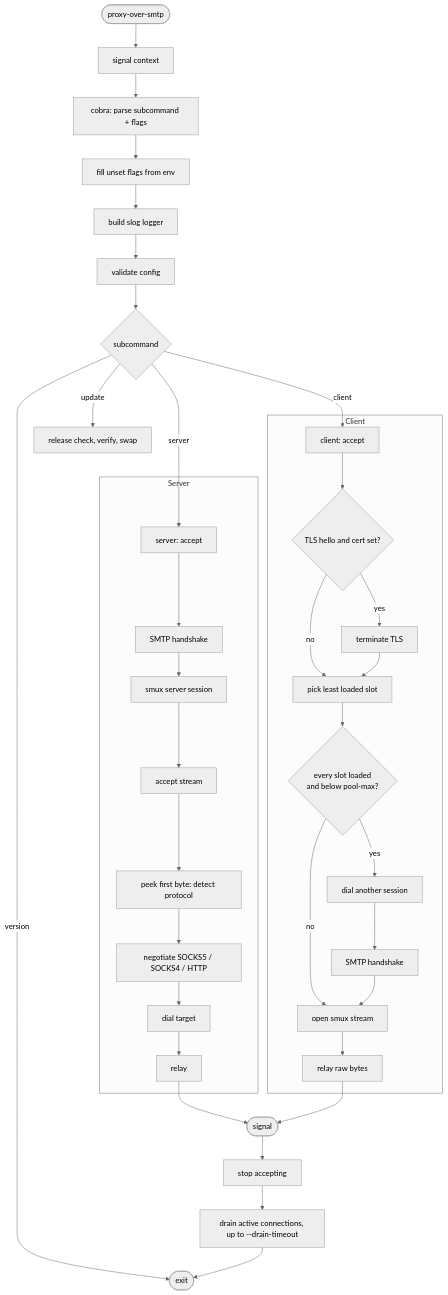
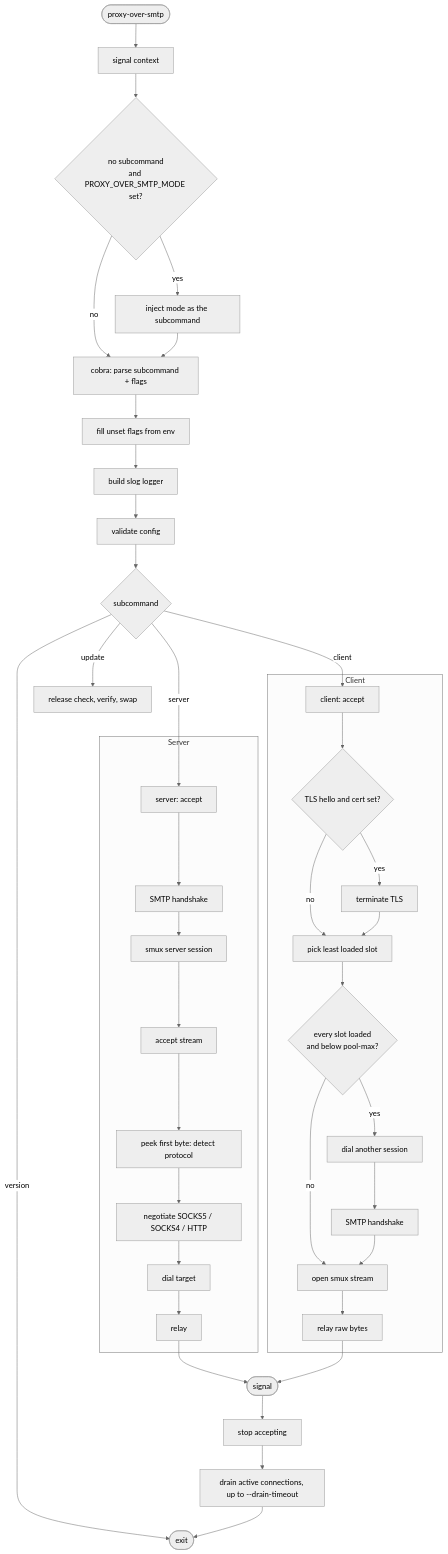
One commit to dimaskiddo/proxy-over-smtp changed the first of 4 diagrams in docs/WORKFLOWS.md. Above: the diagram before and after it, drawn with Mermaid (neutral theme). The commit also changed other lines of this file and 6 other files, not shown here.

Commit message:
feat: add support to set mode via environment variable

````diff
--- a/docs/WORKFLOWS.md
+++ b/docs/WORKFLOWS.md
@@ -9,43 +9,46 @@
 ```mermaid
 flowchart TD
     Start([proxy-over-smtp]) --> Ctx[signal context]
-    Ctx --> Cobra[cobra: parse subcommand + flags]
+    Ctx --> Mode{no subcommand<br/>and PROXY_OVER_SMTP_MODE set?}
+    Mode -- yes --> Inject[inject mode as the subcommand]
+    Mode -- no --> Cobra
+    Inject --> Cobra[cobra: parse subcommand + flags]
     Cobra --> Env[fill unset flags from env]
     Env --> Log[build slog logger]
     Log --> Val[validate config]
     Val --> Route{subcommand}
 
     Route -- server --> SAccept[server: accept]
     Route -- client --> CAccept[client: accept]
     Route -- update --> UCheck[release check, verify, swap]
     Route -- version --> Done
 
     subgraph Server
         SAccept --> SHand[SMTP handshake]
         SHand --> SMux[smux server session]
         SMux --> SStream[accept stream]
         SStream --> SDet[peek first byte: detect protocol]
         SDet --> SSocks[negotiate SOCKS5 / SOCKS4 / HTTP]
         SSocks --> SDial[dial target]
         SDial --> SRelay[relay]
     end
 
     subgraph Client
         CAccept --> CTls{TLS hello and cert set?}
         CTls -- yes --> CTerm[terminate TLS]
         CTls -- no --> CSess
         CTerm --> CSess[pick least loaded slot]
         CSess --> CGrow{every slot loaded<br/>and below pool-max?}
         CGrow -- yes --> CDial[dial another session]
         CGrow -- no --> COpen
         CDial --> CHand[SMTP handshake]
         CHand --> COpen[open smux stream]
         COpen --> CRelay[relay raw bytes]
     end
 
     SRelay --> Stop
     CRelay --> Stop
     Stop([signal]) --> NoAccept[stop accepting]
     NoAccept --> Drain[drain active connections, up to --drain-timeout]
     Drain --> Done([exit])
 ```
````
